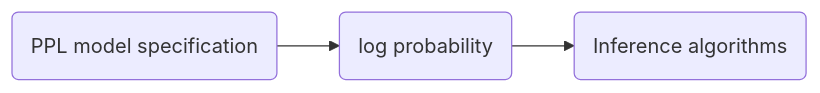
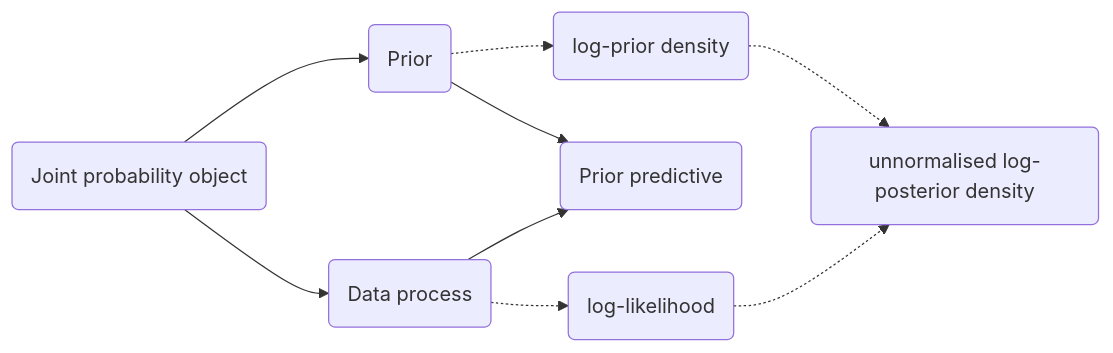
Diagram 17 of 17 in lectures/abm4.qmd (bonStats/mash-abm), drawn with Mermaid before and after one commit. The commit also changed other lines of this file and 22 other files, not shown here.

````diff
--- a/lectures/abm4.qmd
+++ b/lectures/abm4.qmd
@@ -514,6 +515,15 @@
 ```{mermaid}
 %%| fig-align: center
 flowchart LR
-  A(PPL model specification) --> B(log probability)
-  B --> C(Inference algorithms)
+  A(Joint probability object)
+  A --> C(Prior)
+  C -.-> CA(log-prior density)
+  A --> E(Data process)
+  C --> F(Prior predictive)
+  E --> F
+  
+  
+  CA -.-> DA(unnormalised log-posterior density)
+  E -.-> EA(log-likelihood)
+  EA -.-> DA
 ```
````
